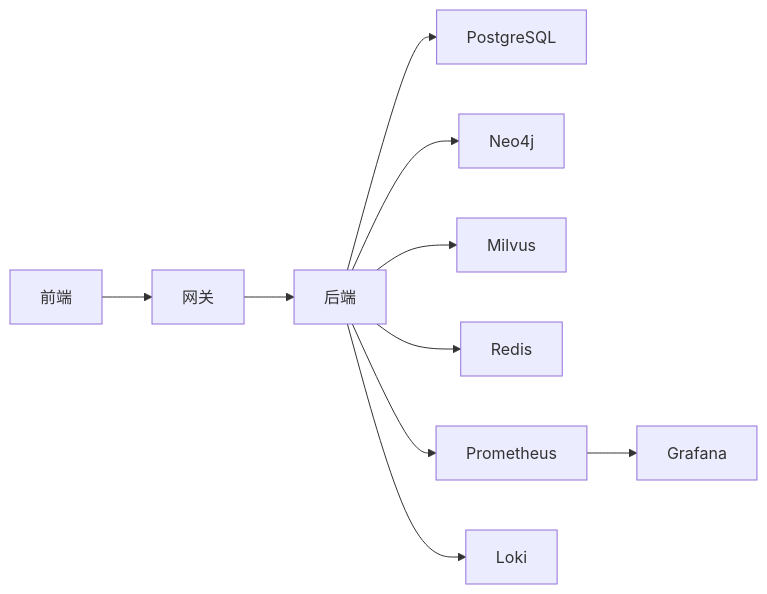
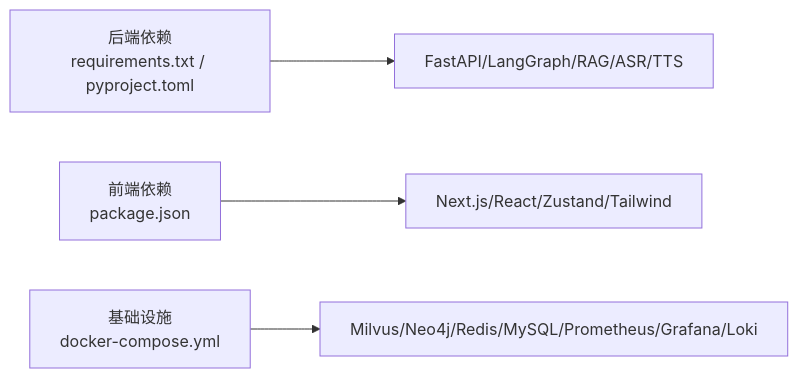
One commit to zmdhdu/NexusCockpit changed the third of 3 diagrams in .qoder/repowiki/zh/content/快速开始.md. Above: the diagram before and after it, drawn with Mermaid. The commit also changed other lines of this file and 516 other files, not shown here.

````diff
--- a/.qoder/repowiki/zh/content/快速开始.md
+++ b/.qoder/repowiki/zh/content/快速开始.md
@@ -259,12 +296,6 @@
 ```mermaid
 graph LR
-FE["前端"] --> GW["网关"]
-GW --> BE["后端"]
-BE --> PG["PostgreSQL"]
-BE --> NEO["Neo4j"]
-BE --> MIL["Milvus"]
-BE --> REDIS["Redis"]
-BE --> PROM["Prometheus"]
-PROM --> GRAF["Grafana"]
-BE --> LOKI["Loki"]
+A["后端依赖<br/>requirements.txt / pyproject.toml"] --> B["FastAPI/LangGraph/RAG/ASR/TTS"]
+C["前端依赖<br/>package.json"] --> D["Next.js/React/Zustand/Tailwind"]
+E["基础设施<br/>docker-compose.yml"] --> F["Milvus/Neo4j/Redis/MySQL/Prometheus/Grafana/Loki"]
 ```
````
